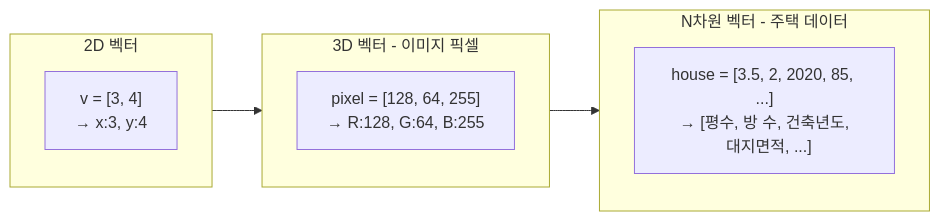
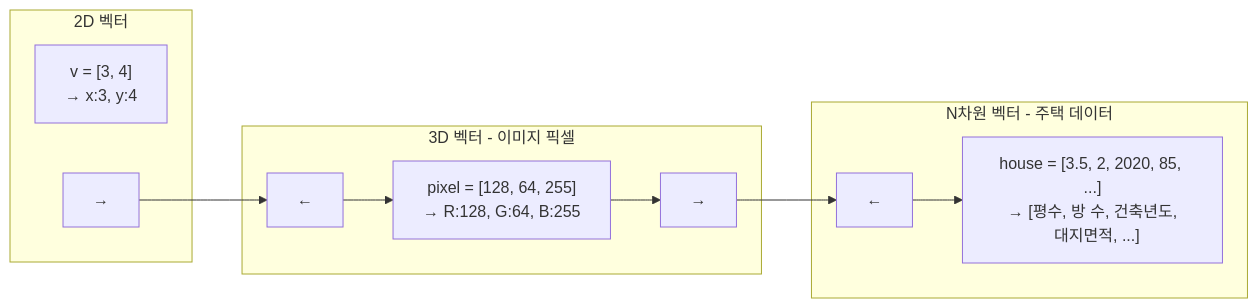
One commit to jingu279/Document changed the third of 10 diagrams in ai-programming/01_서론/03_수학_기초.md. Above: the diagram before and after it, drawn with Mermaid. The commit also changed other lines of this file and 9 other files, not shown here.

Commit message:
Fix all broken Mermaid diagrams across AI book (cross-subgraph connections, reserved keywords, duplicate nodes)

````diff
--- a/ai-programming/01_서론/03_수학_기초.md
+++ b/ai-programming/01_서론/03_수학_기초.md
@@ -62,16 +64,19 @@
 ```mermaid
 flowchart LR
   subgraph Vector2D[2D 벡터]
     V1["v = [3, 4]<br/>→ x:3, y:4"]
+    V1_O["→"]
   end
 
   subgraph Vector3D[3D 벡터 - 이미지 픽셀]
-    V2["pixel = [128, 64, 255]<br/>→ R:128, G:64, B:255"]
+    V3D_I["←"] --> V2["pixel = [128, 64, 255]<br/>→ R:128, G:64, B:255"]
+    V2 --> V3D_O["→"]
   end
 
   subgraph VectorND[N차원 벡터 - 주택 데이터]
-    V3["house = [3.5, 2, 2020, 85, ...]<br/>→ [평수, 방 수, 건축년도,<br/>  대지면적, ...]"]
+    VND_I["←"] --> V3["house = [3.5, 2, 2020, 85, ...]<br/>→ [평수, 방 수, 건축년도,<br/>  대지면적, ...]"]
   end
 
-  Vector2D --> Vector3D --> VectorND
+  V1_O --> V3D_I
+  V3D_O --> VND_I
 ```
````
